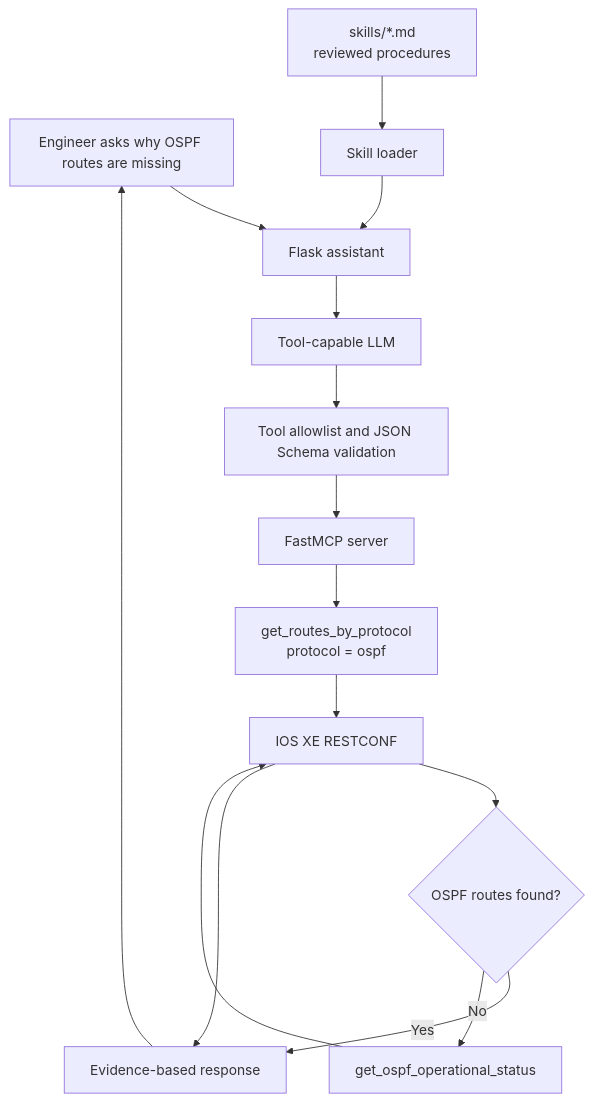
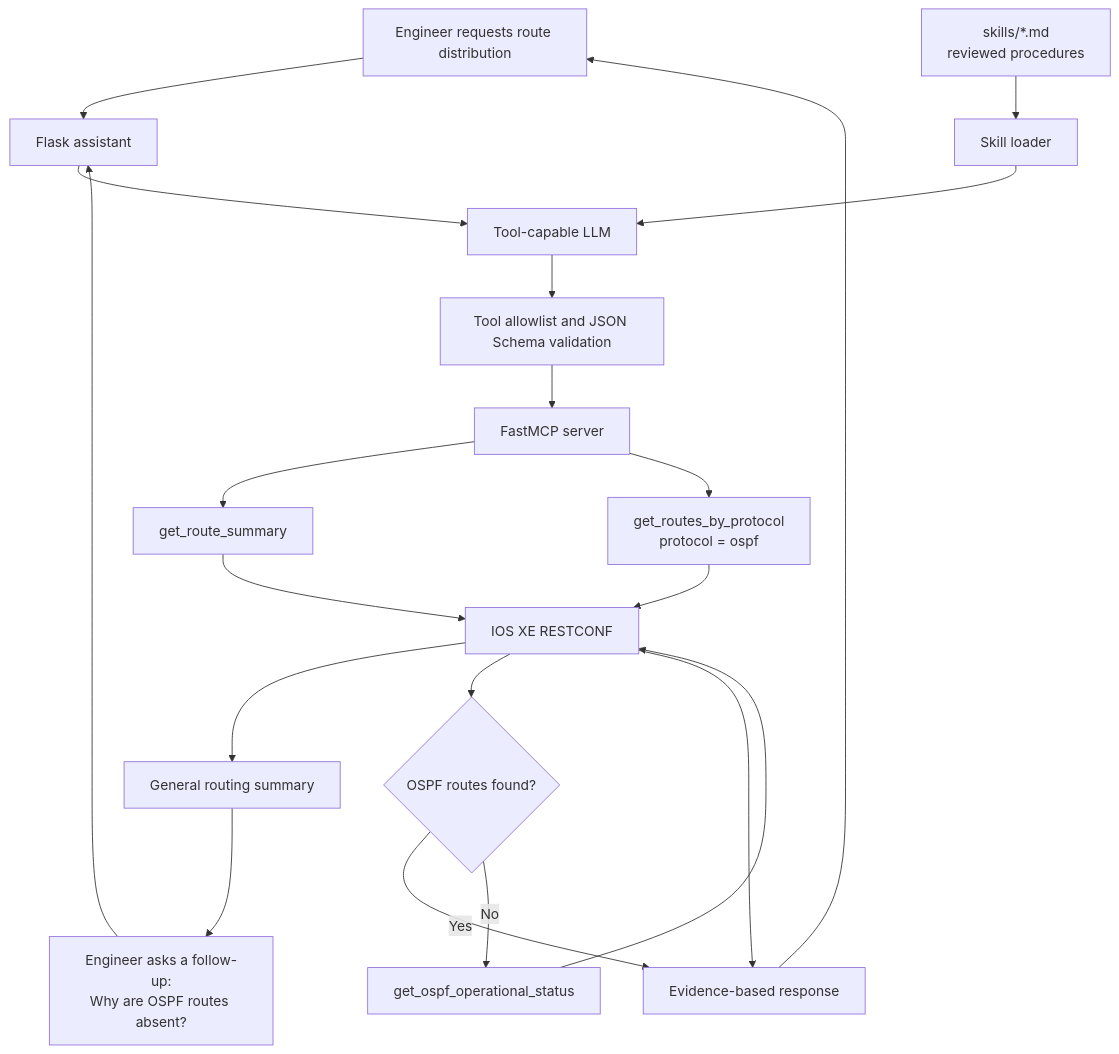
Before and after one commit to tanthanh85/CCNPAUTO: the diagram in LAB/Lab27/Lab27.md, drawn with Mermaid. The commit also changed other lines of this file and 2 other files, not shown here.

````diff
--- a/LAB/Lab27/Lab27.md
+++ b/LAB/Lab27/Lab27.md
@@ -53,30 +55,38 @@
 ```mermaid
 flowchart TD
-    User["Engineer asks why OSPF routes are missing"]
+    User["Engineer requests route distribution"]
     Flask["Flask assistant"]
     Loader["Skill loader"]
     Skills["skills/*.md<br/>reviewed procedures"]
+    RouteSummary["get_route_summary"]
+    Summary["General routing summary"]
+    Followup["Engineer asks a follow-up:<br/>Why are OSPF routes absent?"]
     LLM["Tool-capable LLM"]
     Policy["Tool allowlist and JSON Schema validation"]
     MCP["FastMCP server"]
     Routes["get_routes_by_protocol<br/>protocol = ospf"]
     Decision{"OSPF routes found?"}
     OSPF["get_ospf_operational_status"]
     IOSXE["IOS XE RESTCONF"]
     Answer["Evidence-based response"]
 
     User --> Flask
     Skills --> Loader
-    Loader --> Flask
+    Loader --> LLM
     Flask --> LLM
     LLM --> Policy
     Policy --> MCP
+    MCP --> RouteSummary
+    RouteSummary --> IOSXE
+    IOSXE --> Summary
+    Summary --> Followup
+    Followup --> Flask
     MCP --> Routes
     Routes --> IOSXE
     IOSXE --> Decision
     Decision -->|"Yes"| Answer
     Decision -->|"No"| OSPF
     OSPF --> IOSXE
     IOSXE --> Answer
     Answer --> User
 ```
````
